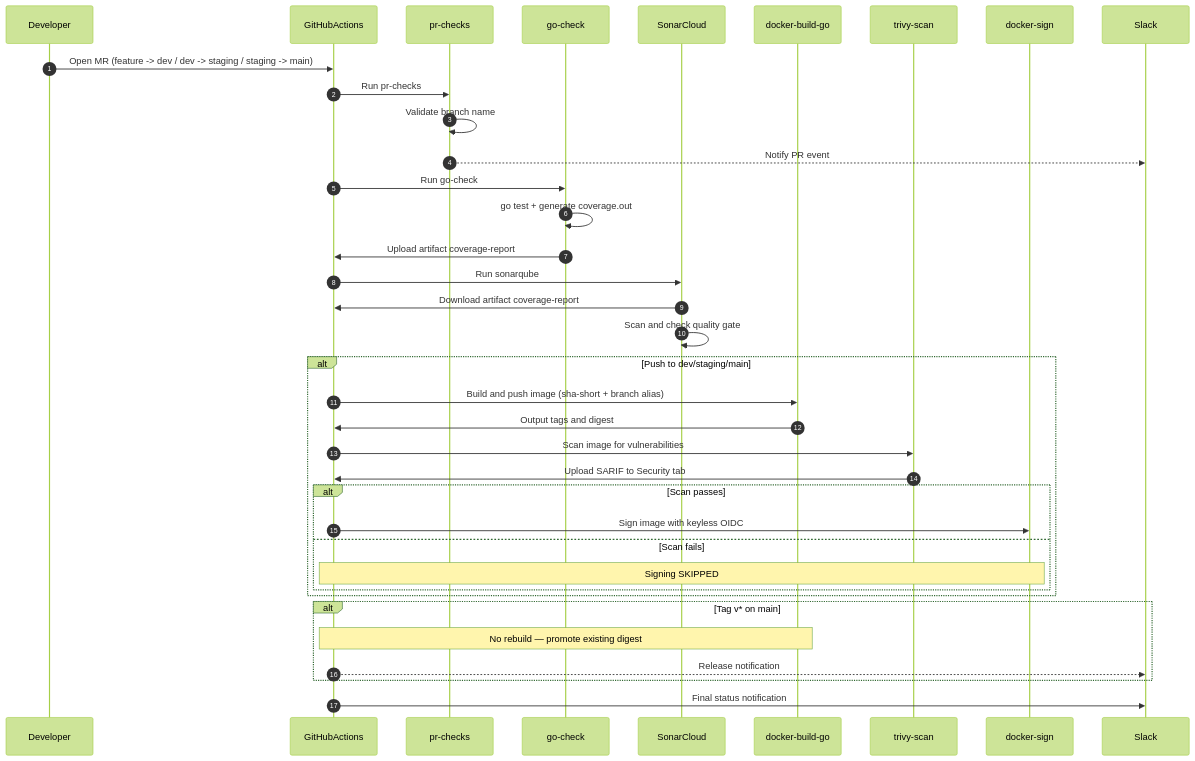
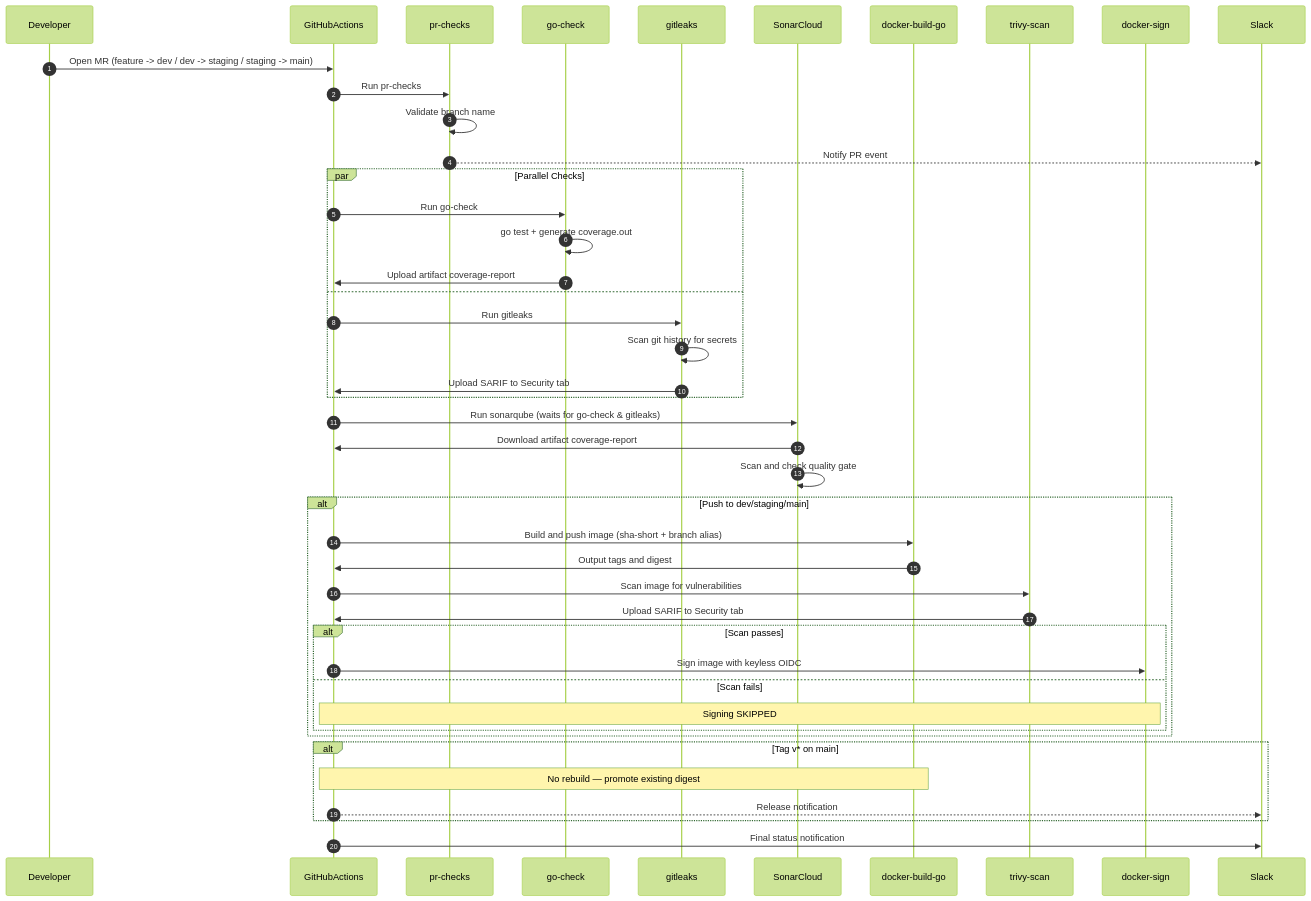
The sixth of 10 diagrams in docs/platform/cicd.md (duynhlab/homelab), drawn with Mermaid (forest theme) before and after one commit. The commit also changed other lines of this file and 2 other files, not shown here.

First line of the commit message:
ci: integrate gitleaks secret scanning and automate rulesets

````diff
--- a/docs/platform/cicd.md
+++ b/docs/platform/cicd.md
@@ -144,45 +195,52 @@
 ```mermaid
 sequenceDiagram
     autonumber
     participant Dev as Developer
     participant GA as GitHubActions
     participant PR as pr-checks
     participant Test as go-check
+    participant Scan as gitleaks
     participant Sonar as SonarCloud
     participant Build as docker-build-go
     participant Trivy as trivy-scan
     participant Cosign as docker-sign
     participant Slack as Slack
 
     Dev->>GA: Open MR (feature -> dev / dev -> staging / staging -> main)
     GA->>PR: Run pr-checks
     PR->>PR: Validate branch name
     PR-->>Slack: Notify PR event
 
-    GA->>Test: Run go-check
-    Test->>Test: go test + generate coverage.out
-    Test->>GA: Upload artifact coverage-report
+    par Parallel Checks
+        GA->>Test: Run go-check
+        Test->>Test: go test + generate coverage.out
+        Test->>GA: Upload artifact coverage-report
+    and
+        GA->>Scan: Run gitleaks
+        Scan->>Scan: Scan git history for secrets
+        Scan->>GA: Upload SARIF to Security tab
+    end
 
-    GA->>Sonar: Run sonarqube
+    GA->>Sonar: Run sonarqube (waits for go-check & gitleaks)
     Sonar->>GA: Download artifact coverage-report
     Sonar->>Sonar: Scan and check quality gate
 
     alt Push to dev/staging/main
       GA->>Build: Build and push image (sha-short + branch alias)
       Build->>GA: Output tags and digest
       GA->>Trivy: Scan image for vulnerabilities
       Trivy->>GA: Upload SARIF to Security tab
       alt Scan passes
         GA->>Cosign: Sign image with keyless OIDC
       else Scan fails
         Note over GA,Cosign: Signing SKIPPED
       end
     end
 
     alt Tag v* on main
       Note over GA,Build: No rebuild — promote existing digest
       GA-->>Slack: Release notification
     end
 
     GA->>Slack: Final status notification
 ```
````
